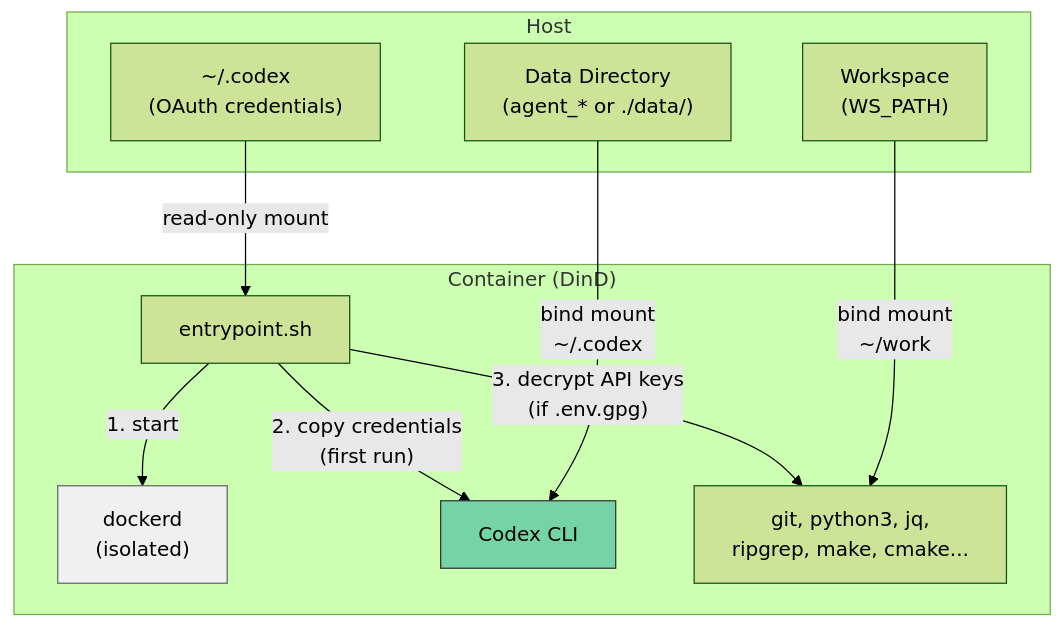
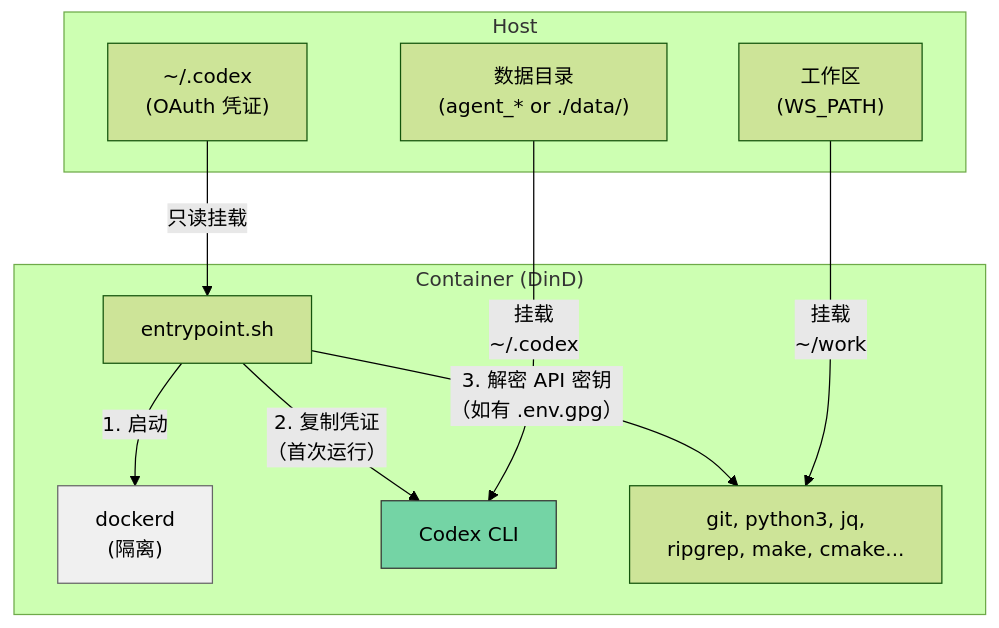
The first of 3 diagrams in doc/README.zh-CN.md (ycpss91255-docker/codex_cli), drawn with Mermaid (forest theme) before and after one commit. The commit also changed other lines of this file and 2 other files, not shown here.

Commit message:
docs: keep 'smoke test' as proper noun in i18n
Do not translate 'smoke test' — it is a proper noun.

````diff
--- a/doc/README.zh-CN.md
+++ b/doc/README.zh-CN.md
@@ -42,26 +42,26 @@
 ```mermaid
 graph TB
     subgraph Host
-        H_OAuth["~/.codex<br/>(OAuth credentials)"]
-        H_WS["Workspace<br/>(WS_PATH)"]
-        H_Data["Data Directory<br/>(agent_* or ./data/)"]
+        H_OAuth["~/.codex<br/>(OAuth 凭证)"]
+        H_WS["工作区<br/>(WS_PATH)"]
+        H_Data["数据目录<br/>(agent_* or ./data/)"]
     end
 
     subgraph "Container (DinD)"
         EP["entrypoint.sh"]
-        DinD["dockerd<br/>(isolated)"]
+        DinD["dockerd<br/>(隔离)"]
         Codex["Codex CLI"]
         Tools["git, python3, jq,<br/>ripgrep, make, cmake..."]
 
-        EP -->|"1. start"| DinD
-        EP -->|"2. copy credentials<br/>(first run)"| Codex
-        EP -->|"3. decrypt API keys<br/>(if .env.gpg)"| Tools
+        EP -->|"1. 启动"| DinD
+        EP -->|"2. 复制凭证<br/>（首次运行）"| Codex
+        EP -->|"3. 解密 API 密钥<br/>（如有 .env.gpg）"| Tools
     end
 
-    H_OAuth -->|"read-only mount"| EP
-    H_WS -->|"bind mount<br/>~/work"| Tools
-    H_Data -->|"bind mount<br/>~/.codex"| Codex
+    H_OAuth -->|"只读挂载"| EP
+    H_WS -->|"挂载<br/>~/work"| Tools
+    H_Data -->|"挂载<br/>~/.codex"| Codex
 
     style DinD fill:#f0f0f0,stroke:#666
     style Codex fill:#74d4a5,stroke:#333
 ```
````
